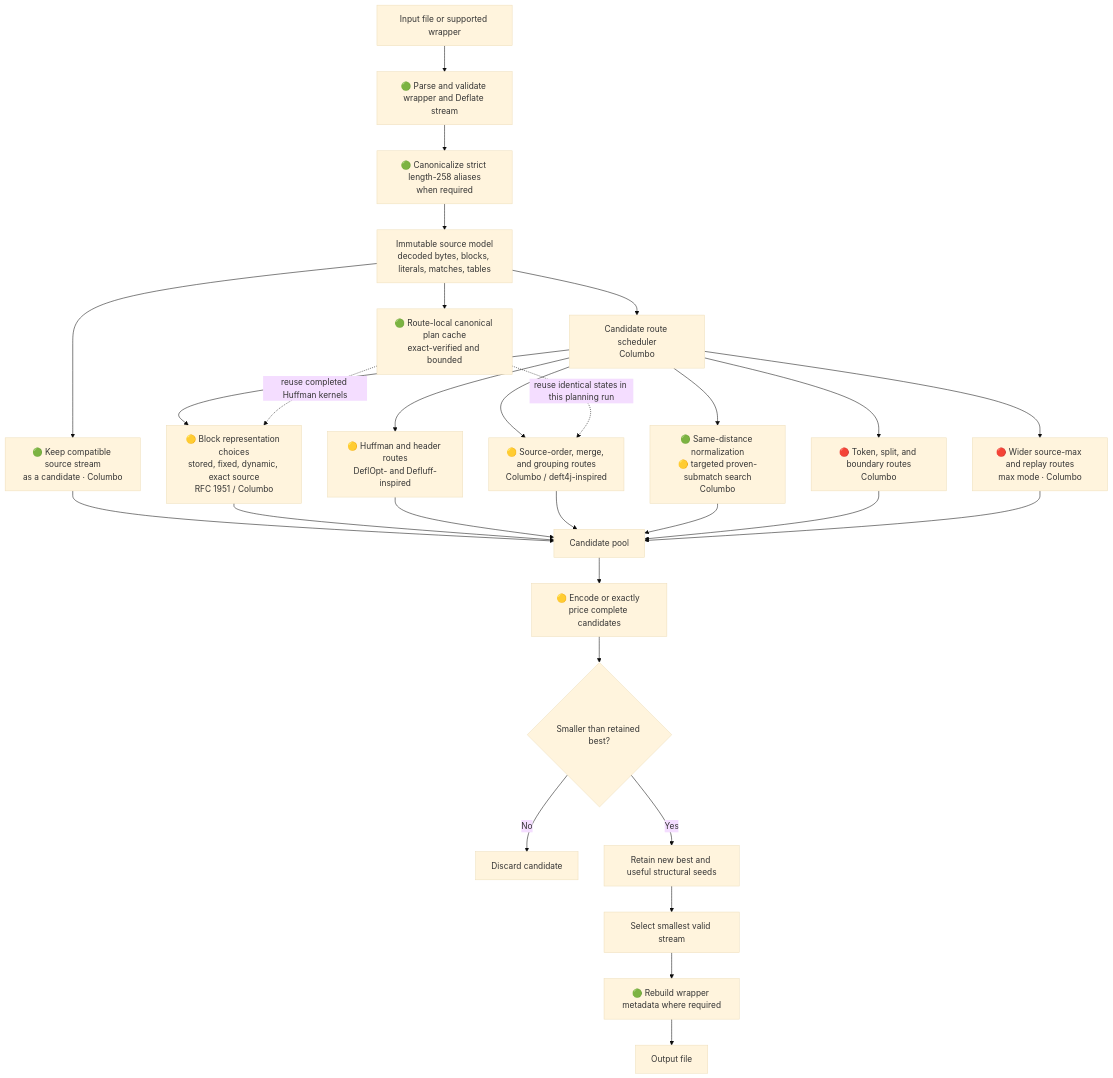
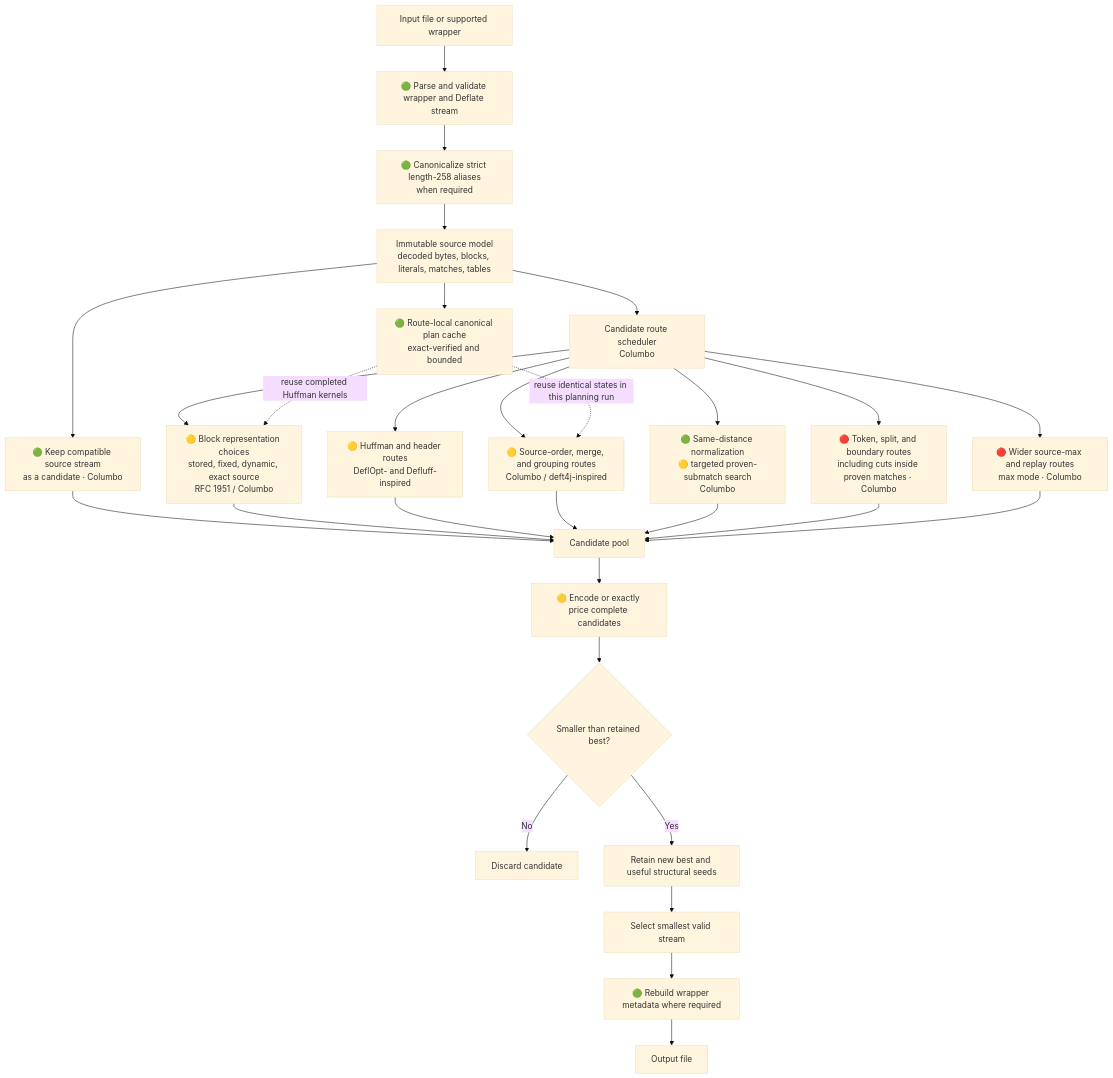
The first of 4 diagrams in docs/routes-and-methods.md (ace-dent/columbo), drawn with Mermaid (base theme) before and after one commit. The commit also changed other lines of this file and 1 other file, not shown here.

First line of the commit message:
core: Add inside-match boundary tuning

````diff
--- a/docs/routes-and-methods.md
+++ b/docs/routes-and-methods.md
@@ -29,36 +29,36 @@
 ```mermaid
 flowchart TD
     IN["Input file or supported wrapper"] --> PARSE["🟢 Parse and validate wrapper and Deflate stream"]
     PARSE --> NORMALIZE["🟢 Canonicalize strict length-258 aliases<br/>when required"]
     NORMALIZE --> MODEL["Immutable source model<br/>decoded bytes, blocks, literals, matches, tables"]
 
     MODEL --> ORIGINAL["🟢 Keep compatible source stream<br/>as a candidate · Columbo"]
     MODEL --> SCHED["Candidate route scheduler<br/>Columbo"]
 
     SCHED --> REPRESENT["🟡 Block representation choices<br/>stored, fixed, dynamic, exact source<br/>RFC 1951 / Columbo"]
     SCHED --> HEADER["🟡 Huffman and header routes<br/>DeflOpt- and Defluff-inspired"]
     SCHED --> TOKEN["🟢 Same-distance normalization<br/>🟡 targeted proven-submatch search<br/>Columbo"]
     SCHED --> SOURCE["🟡 Source-order, merge, and grouping routes<br/>Columbo / deft4j-inspired"]
-    SCHED --> BOUNDARY["🔴 Token, split, and boundary routes<br/>Columbo"]
+    SCHED --> BOUNDARY["🔴 Token, split, and boundary routes<br/>including cuts inside proven matches · Columbo"]
     SCHED --> MAX["🔴 Wider source-max and replay routes<br/>max mode · Columbo"]
 
     MODEL --> CACHE["🟢 Route-local canonical plan cache<br/>exact-verified and bounded"]
     CACHE -. "reuse completed Huffman kernels" .-> REPRESENT
     CACHE -. "reuse identical states in this planning run" .-> SOURCE
 
     ORIGINAL --> POOL["Candidate pool"]
     REPRESENT --> POOL
     HEADER --> POOL
     SOURCE --> POOL
     TOKEN --> POOL
     BOUNDARY --> POOL
     MAX --> POOL
 
     POOL --> PRICE["🟡 Encode or exactly price complete candidates"]
     PRICE --> BEST{"Smaller than retained best?"}
     BEST -- "No" --> DROP["Discard candidate"]
     BEST -- "Yes" --> RETAIN["Retain new best and useful structural seeds"]
     RETAIN --> FINAL["Select smallest valid stream"]
     FINAL --> WRAP["🟢 Rebuild wrapper metadata where required"]
     WRAP --> OUT["Output file"]
 ```
````
